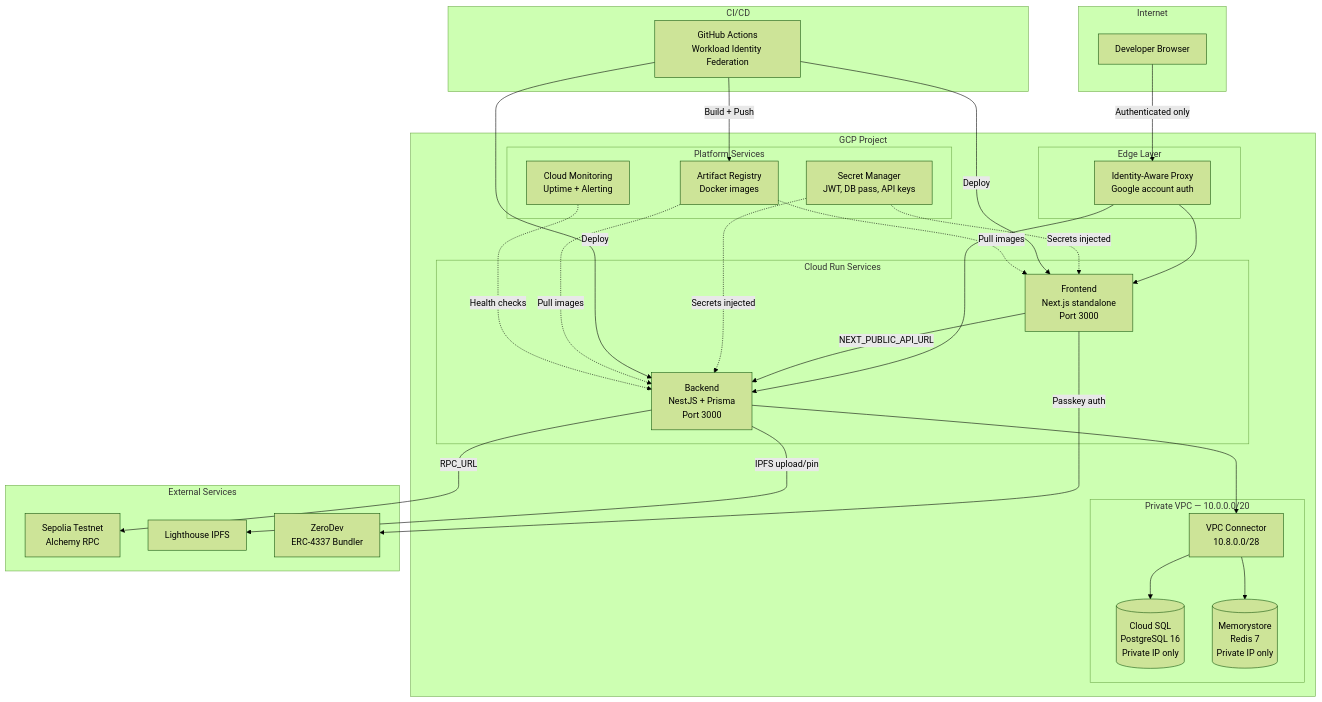
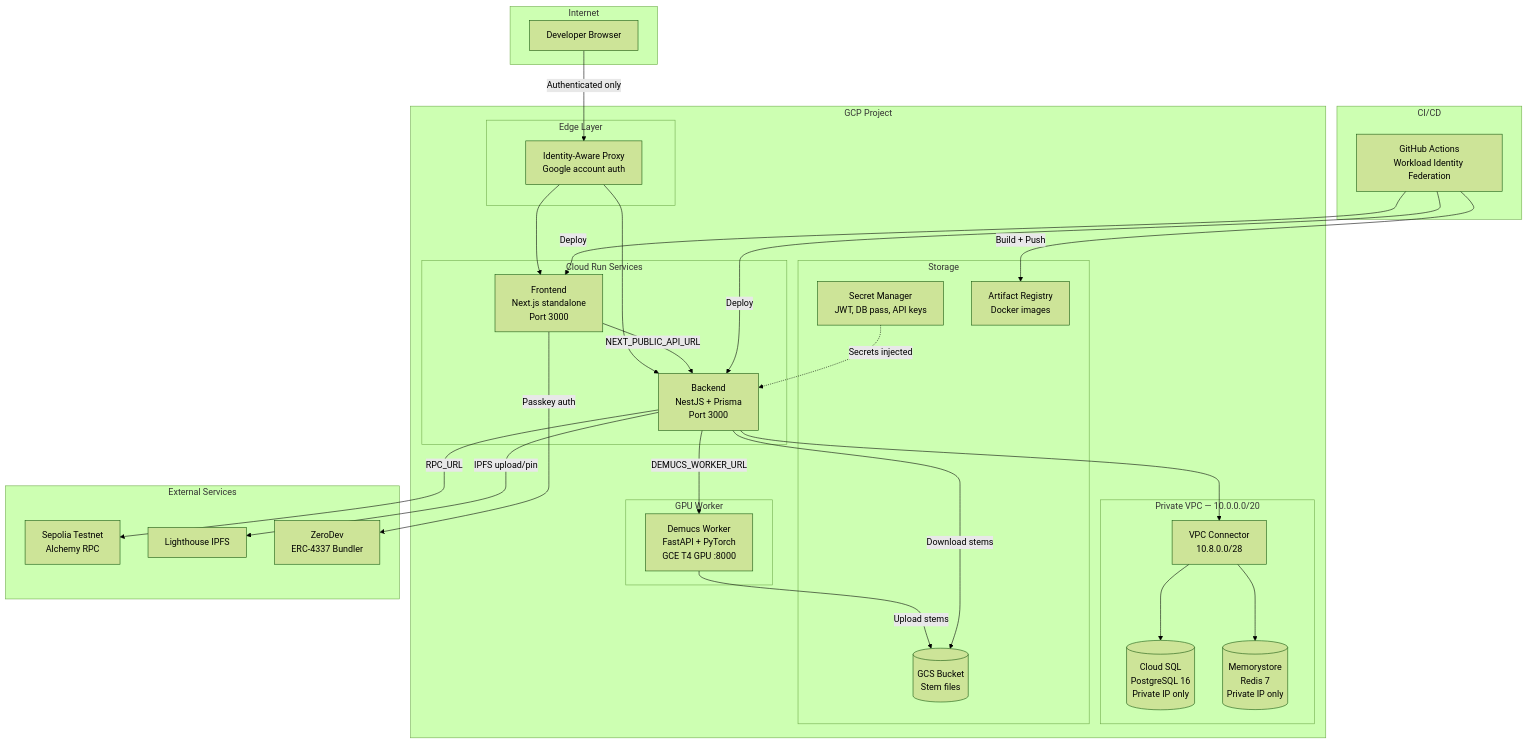
Before and after one commit to akoita/resonate: the first of 2 diagrams in docs/deployment.md, drawn with Mermaid (forest theme). The commit also changed other lines of this file and 196 other files, not shown here.

First line of the commit message:
feat(#331): Demucs Worker Phase 1 — Cloud-Deployable Decoupling

````diff
--- a/docs/deployment.md
+++ b/docs/deployment.md
@@ -23,58 +61,61 @@
 ```mermaid
 graph TB
     subgraph Internet
         DEV["Developer Browser"]
     end
 
     subgraph "GCP Project"
         subgraph "Edge Layer"
             IAP["Identity-Aware Proxy<br/>Google account auth"]
         end
 
         subgraph "Cloud Run Services"
             FE["Frontend<br/>Next.js standalone<br/>Port 3000"]
             BE["Backend<br/>NestJS + Prisma<br/>Port 3000"]
         end
 
+        subgraph "GPU Worker"
+            DW["Demucs Worker<br/>FastAPI + PyTorch<br/>GCE T4 GPU :8000"]
+        end
+
         subgraph "Private VPC — 10.0.0.0/20"
             VPCC["VPC Connector<br/>10.8.0.0/28"]
             SQL[("Cloud SQL<br/>PostgreSQL 16<br/>Private IP only")]
             REDIS[("Memorystore<br/>Redis 7<br/>Private IP only")]
         end
 
-        subgraph "Platform Services"
+        subgraph "Storage"
+            GCS[("GCS Bucket<br/>Stem files")]
             SM["Secret Manager<br/>JWT, DB pass, API keys"]
             AR["Artifact Registry<br/>Docker images"]
-            MON["Cloud Monitoring<br/>Uptime + Alerting"]
         end
     end
 
     subgraph "External Services"
         SEP["Sepolia Testnet<br/>Alchemy RPC"]
         IPFS["Lighthouse IPFS"]
         ZD["ZeroDev<br/>ERC-4337 Bundler"]
     end
 
     subgraph "CI/CD"
         GH["GitHub Actions<br/>Workload Identity Federation"]
     end
 
     DEV -->|"Authenticated only"| IAP
     IAP --> FE
     IAP --> BE
     FE -->|"NEXT_PUBLIC_API_URL"| BE
     BE --> VPCC
     VPCC --> SQL
     VPCC --> REDIS
+    BE -->|"DEMUCS_WORKER_URL"| DW
+    DW -->|"Upload stems"| GCS
+    BE -->|"Download stems"| GCS
     BE -->|"RPC_URL"| SEP
     BE -->|"IPFS upload/pin"| IPFS
     FE -->|"Passkey auth"| ZD
     SM -.->|"Secrets injected"| BE
-    SM -.->|"Secrets injected"| FE
     GH -->|"Build + Push"| AR
     GH -->|"Deploy"| FE
     GH -->|"Deploy"| BE
-    AR -.->|"Pull images"| FE
-    AR -.->|"Pull images"| BE
-    MON -.->|"Health checks"| BE
 ```
````
